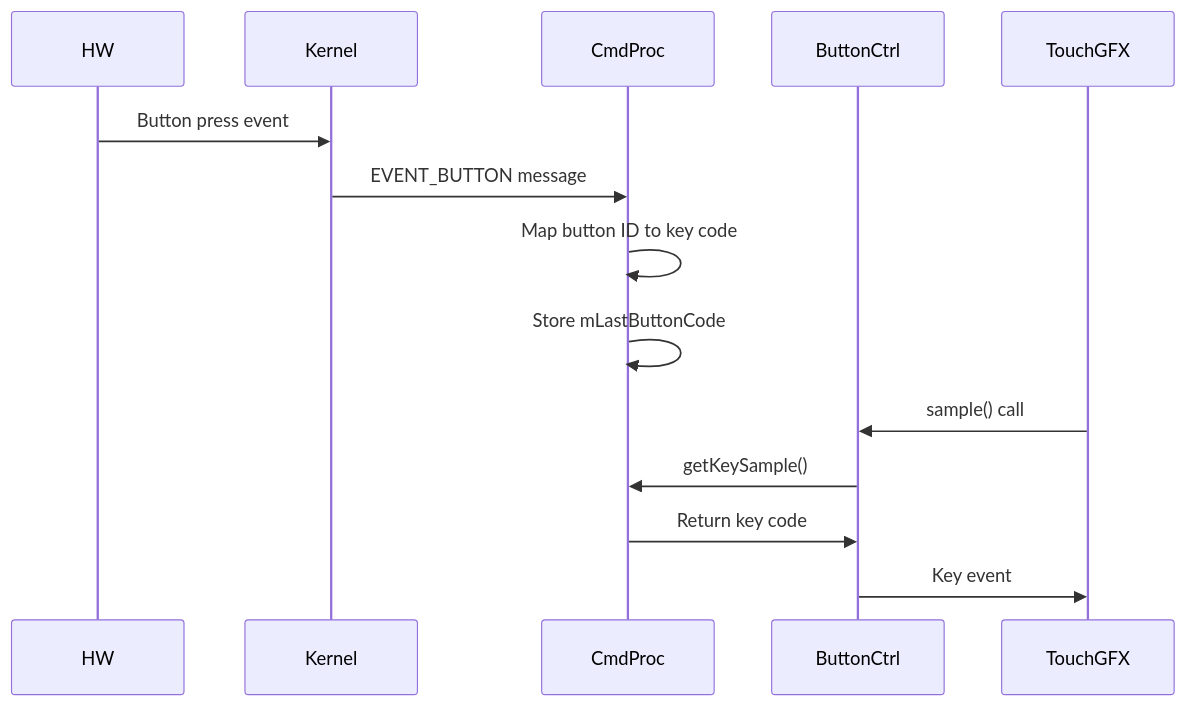
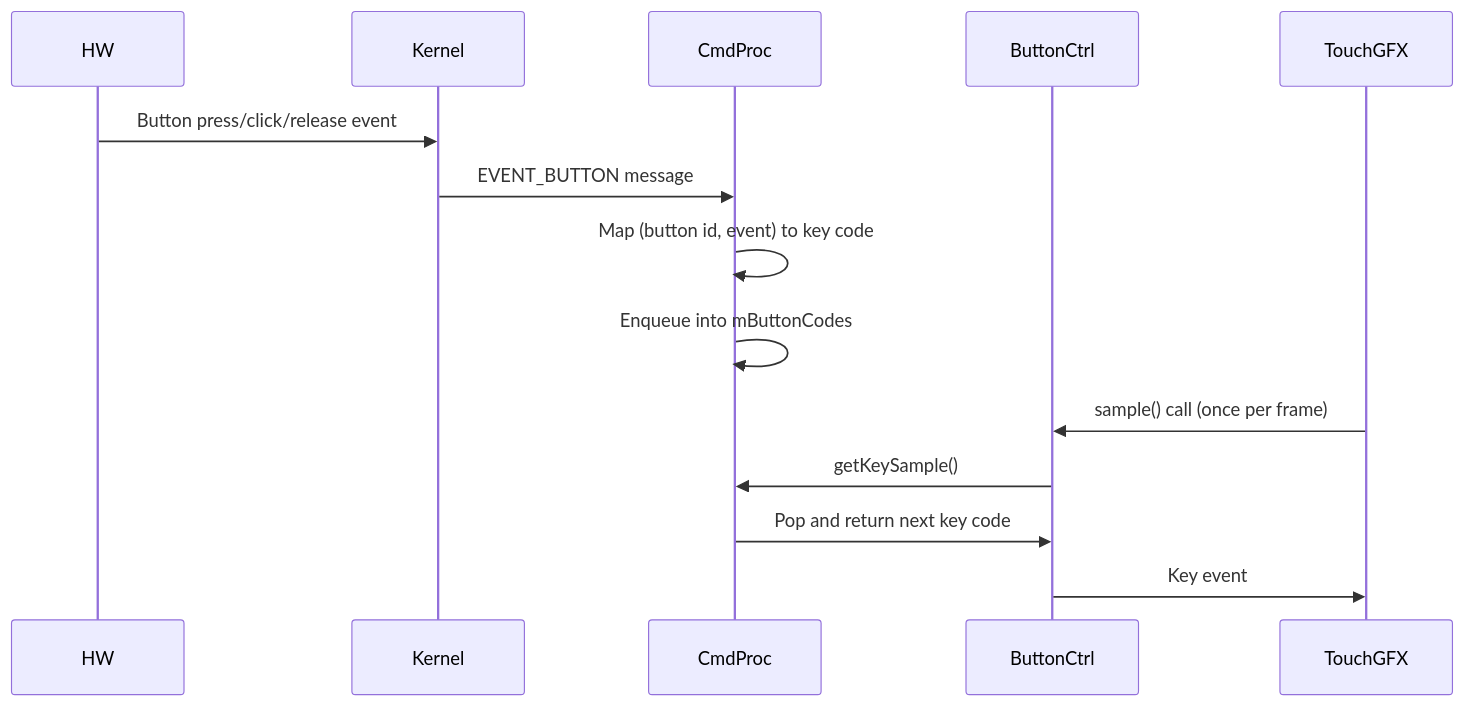
The fourth of 6 diagrams in Docs/TouchGFX-Port-Architecture.md (UNAWatch/una-sdk), drawn with Mermaid before and after one commit. The commit also changed other lines of this file and 6 other files, not shown here.

First line of the commit message:
feat(buttons): deliver press/release events to GUI screens

````diff
--- a/Docs/TouchGFX-Port-Architecture.md
+++ b/Docs/TouchGFX-Port-Architecture.md
@@ -256,17 +256,17 @@
 ```mermaid
 sequenceDiagram
     participant HW
     participant Kernel
     participant CmdProc
     participant ButtonCtrl
     participant TouchGFX
 
-    HW->>Kernel: Button press event
+    HW->>Kernel: Button press/click/release event
     Kernel->>CmdProc: EVENT_BUTTON message
-    CmdProc->>CmdProc: Map button ID to key code
-    CmdProc->>CmdProc: Store mLastButtonCode
-    TouchGFX->>ButtonCtrl: sample() call
+    CmdProc->>CmdProc: Map (button id, event) to key code
+    CmdProc->>CmdProc: Enqueue into mButtonCodes
+    TouchGFX->>ButtonCtrl: sample() call (once per frame)
     ButtonCtrl->>CmdProc: getKeySample()
-    CmdProc->>ButtonCtrl: Return key code
+    CmdProc->>ButtonCtrl: Pop and return next key code
     ButtonCtrl->>TouchGFX: Key event
 ```
````
